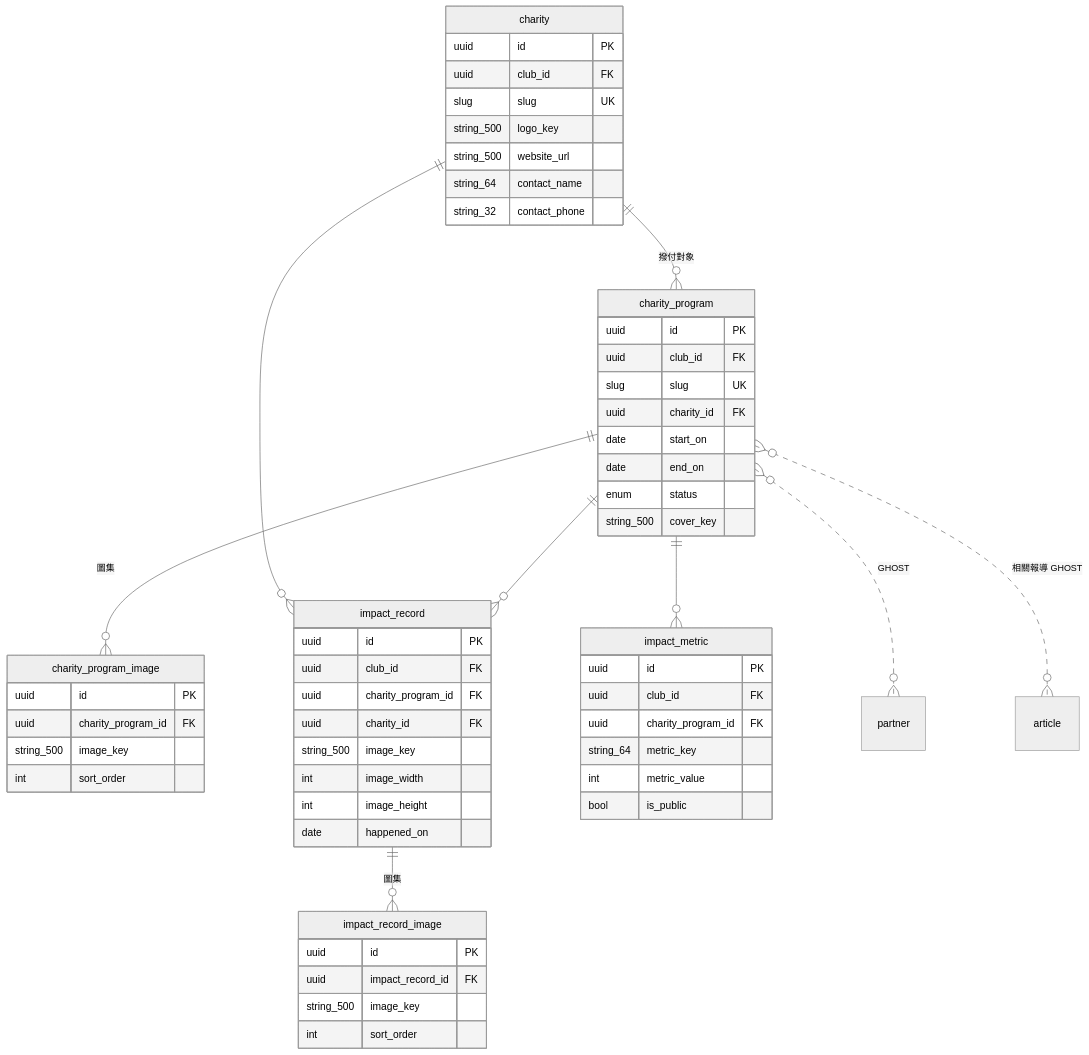
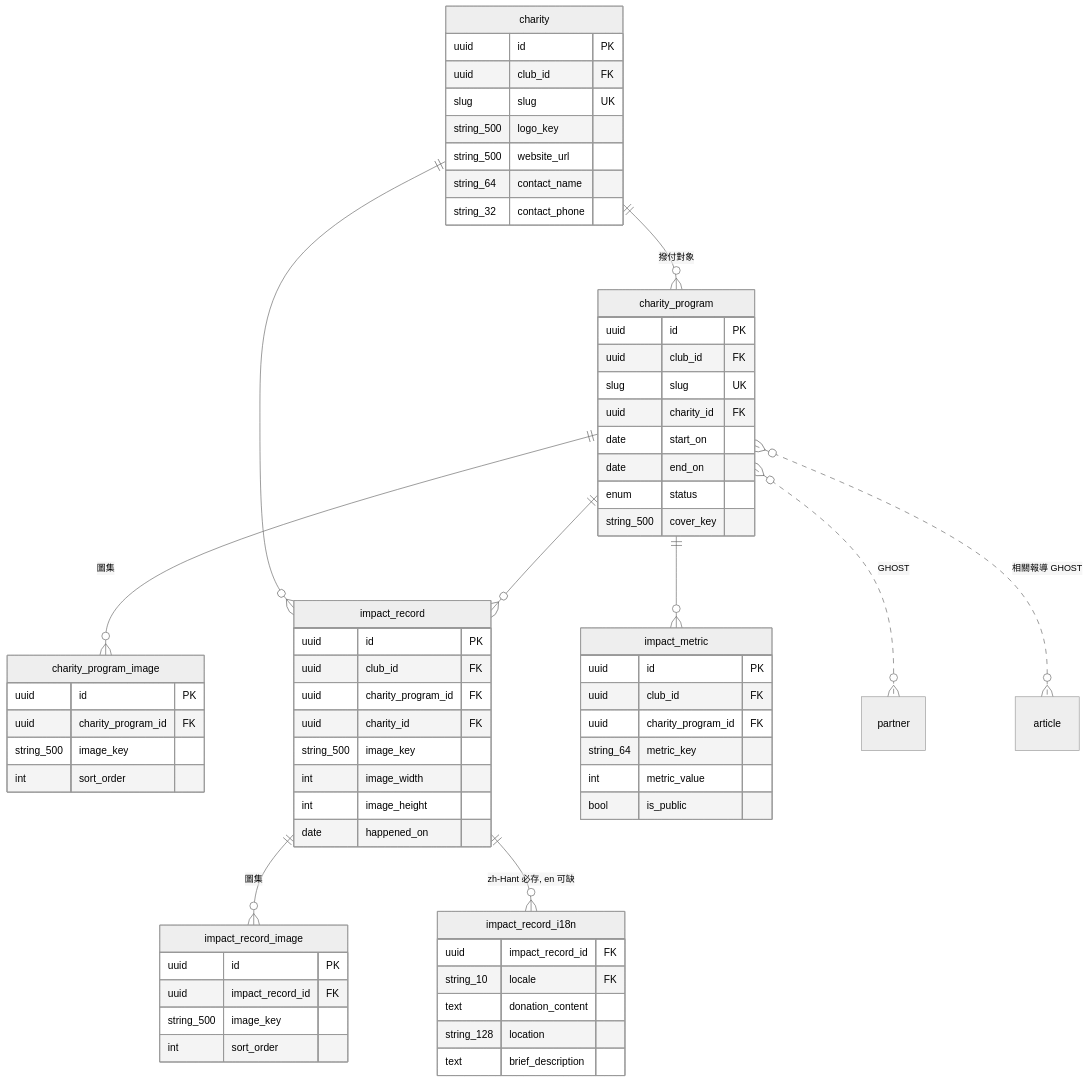
Before and after one commit to waiting0201/tcrfc: diagram 14 of 16 in docs/12a-database-erd.md, drawn with Mermaid (neutral theme). The commit also changed other lines of this file and 69 other files, not shown here.

First line of the commit message:
feat: 圖片上傳共用元件、CI 管線、sitemap 修復，並升級 E-34 為跨載體機制

````diff
--- a/docs/12a-database-erd.md
+++ b/docs/12a-database-erd.md
@@ -1037,60 +1053,68 @@
 ```mermaid
 erDiagram
   charity ||--o{ charity_program : "撥付對象"
   charity_program ||--o{ charity_program_image : "圖集"
   charity_program ||--o{ impact_record : ""
   charity ||--o{ impact_record : ""
   impact_record ||--o{ impact_record_image : "圖集"
+  impact_record ||--o{ impact_record_i18n : "zh-Hant 必存, en 可缺"
   charity_program ||--o{ impact_metric : ""
   charity_program }o..o{ partner : "GHOST"
   charity_program }o..o{ article : "相關報導 GHOST"
   charity {
     uuid id PK
     uuid club_id FK
     slug slug UK
     string_500 logo_key
     string_500 website_url
     string_64 contact_name
     string_32 contact_phone
   }
   charity_program_image {
     uuid id PK
     uuid charity_program_id FK
     string_500 image_key
     int sort_order
   }
   charity_program {
     uuid id PK
     uuid club_id FK
     slug slug UK
     uuid charity_id FK
     date start_on
     date end_on
     enum status
     string_500 cover_key
   }
   impact_record {
     uuid id PK
     uuid club_id FK
     uuid charity_program_id FK
     uuid charity_id FK
     string_500 image_key
     int image_width
     int image_height
     date happened_on
   }
   impact_record_image {
     uuid id PK
     uuid impact_record_id FK
     string_500 image_key
     int sort_order
   }
+  impact_record_i18n {
+    uuid impact_record_id FK
+    string_10 locale FK
+    text donation_content
+    string_128 location
+    text brief_description
+  }
   impact_metric {
     uuid id PK
     uuid club_id FK
     uuid charity_program_id FK
     string_64 metric_key
     int metric_value
     bool is_public
   }
 ```
````
